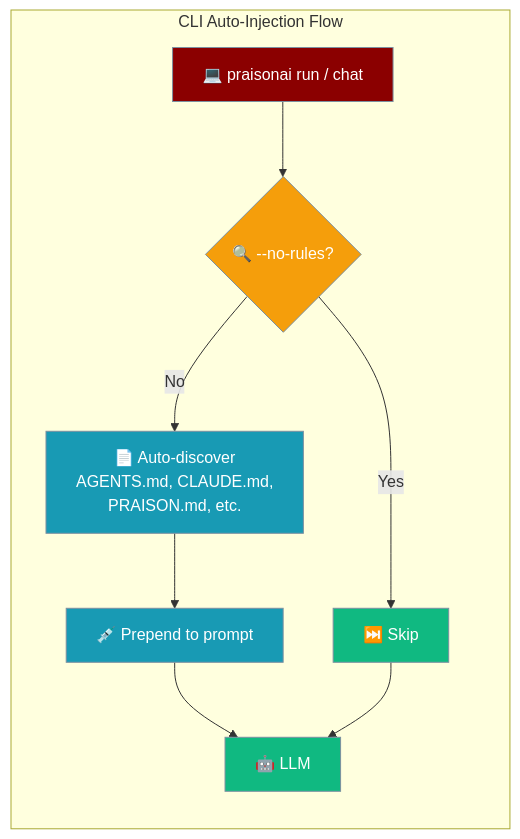
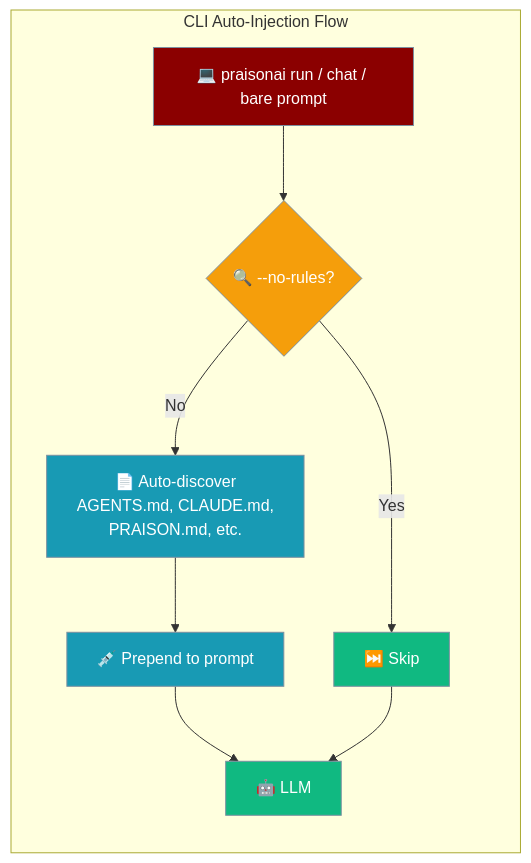
Before and after one commit to MervinPraison/PraisonAIDocs: the first of 2 diagrams in docs/cli/rules.mdx, drawn with Mermaid. The commit also changed other lines of this file and 4 other files, not shown here.

First line of the commit message:
docs: route bare prompts through Typer run engine (fixes #2302)

````diff
--- a/docs/cli/rules.mdx
+++ b/docs/cli/rules.mdx
@@ -25,21 +25,21 @@
 ```mermaid
 graph LR
     subgraph "CLI Auto-Injection Flow"
-        CLI[💻 praisonai run / chat] --> CHECK{🔍 --no-rules?}
+        CLI[💻 praisonai run / chat / bare prompt] --> CHECK{🔍 --no-rules?}
         CHECK -->|No| DISCOVER[📄 Auto-discover<br/>AGENTS.md, CLAUDE.md,<br/>PRAISON.md, etc.]
         CHECK -->|Yes| SKIP[⏭️ Skip]
         DISCOVER --> INJECT[💉 Prepend to prompt]
         INJECT --> LLM[🤖 LLM]
         SKIP --> LLM
     end
 
     classDef cli fill:#8B0000,stroke:#7C90A0,color:#fff
     classDef decide fill:#F59E0B,stroke:#7C90A0,color:#fff
     classDef load fill:#189AB4,stroke:#7C90A0,color:#fff
     classDef result fill:#10B981,stroke:#7C90A0,color:#fff
 
     class CLI cli
     class CHECK decide
     class DISCOVER,INJECT load
     class SKIP,LLM result
 ```
````
